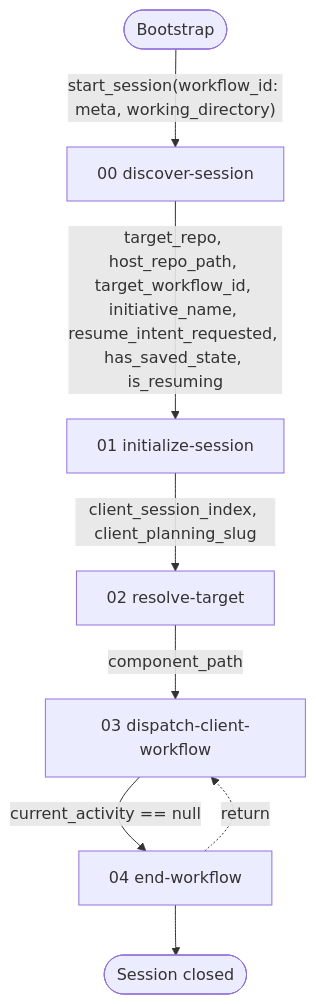
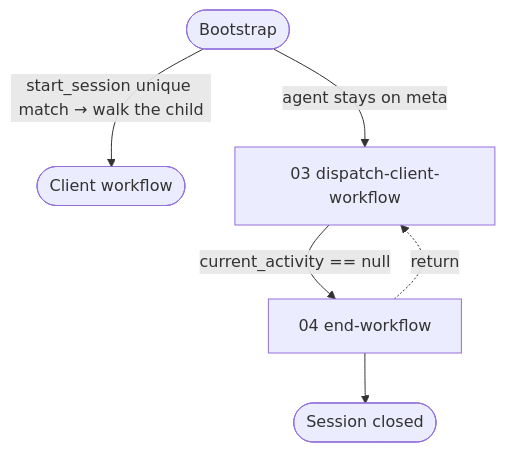
The diagram in corpus/meta/README.md (m2ux/workflow-server), drawn with Mermaid before and after one commit. The commit also changed other lines of this file and 19 other files, not shown here.

First line of the commit message:
Open the client on start_session; meta drives and closes it.

````diff
--- a/corpus/meta/README.md
+++ b/corpus/meta/README.md
@@ -37,10 +34,8 @@
 ```mermaid
 graph TD
-    startNode(["Bootstrap"]) -->|"start_session(workflow_id: meta, working_directory)"| DS["00 discover-session"]
-    DS -->|"target_repo, host_repo_path, target_workflow_id, initiative_name, resume_intent_requested, has_saved_state, is_resuming"| INI["01 initialize-session"]
-    INI -->|"client_session_index, client_planning_slug"| RT["02 resolve-target"]
-    RT -->|"component_path"| DSP["03 dispatch-client-workflow"]
+    startNode(["Bootstrap"]) -->|"start_session unique match → walk the child"| childNode(["Client workflow"])
+    startNode -->|"agent stays on meta"| DSP["03 dispatch-client-workflow"]
     DSP -->|"current_activity == null"| END["04 end-workflow"]
     END -.->|"return"| DSP
     END --> doneNode(["Session closed"])
 ```
````
